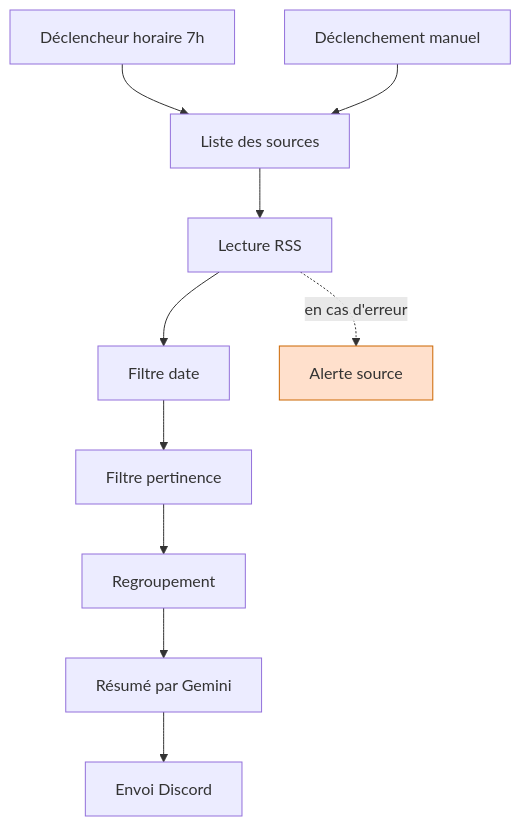
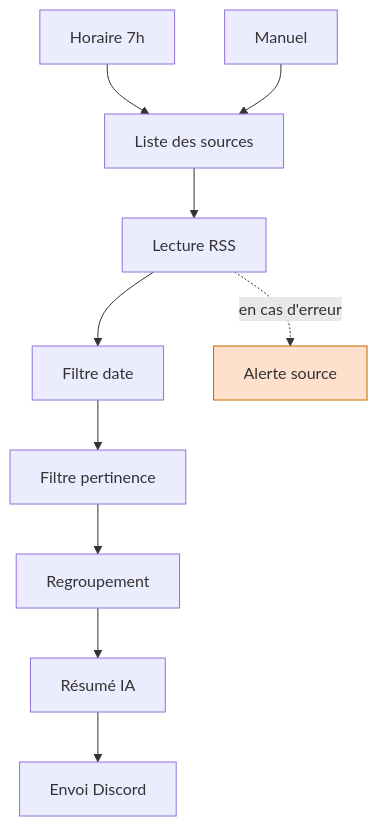
One commit to Thomas-RichardLeclerc/Veille-ia-n8n changed the diagram in README.md. Above: the diagram before and after it, drawn with Mermaid. The commit also changed other lines of this file, not shown here.

Commit message:
Corriger les libellés tronqués du schéma et le comptage de la section installation

````diff
--- a/README.md
+++ b/README.md
@@ -9,13 +9,13 @@
 ```mermaid
 flowchart TD
-    A1[Déclencheur horaire 7h] --> B[Liste des sources]
-    A2[Déclenchement manuel] --> B
+    A1[Horaire 7h] --> B[Liste des sources]
+    A2[Manuel] --> B
     B --> C[Lecture RSS]
     C --> D[Filtre date]
     D --> E[Filtre pertinence]
     E --> F[Regroupement]
-    F --> G[Résumé par Gemini]
+    F --> G[Résumé IA]
     G --> H[Envoi Discord]
     C -. en cas d'erreur .-> I[Alerte source]
     style I fill:#ffe0cc,stroke:#cc6600
 ```
````
